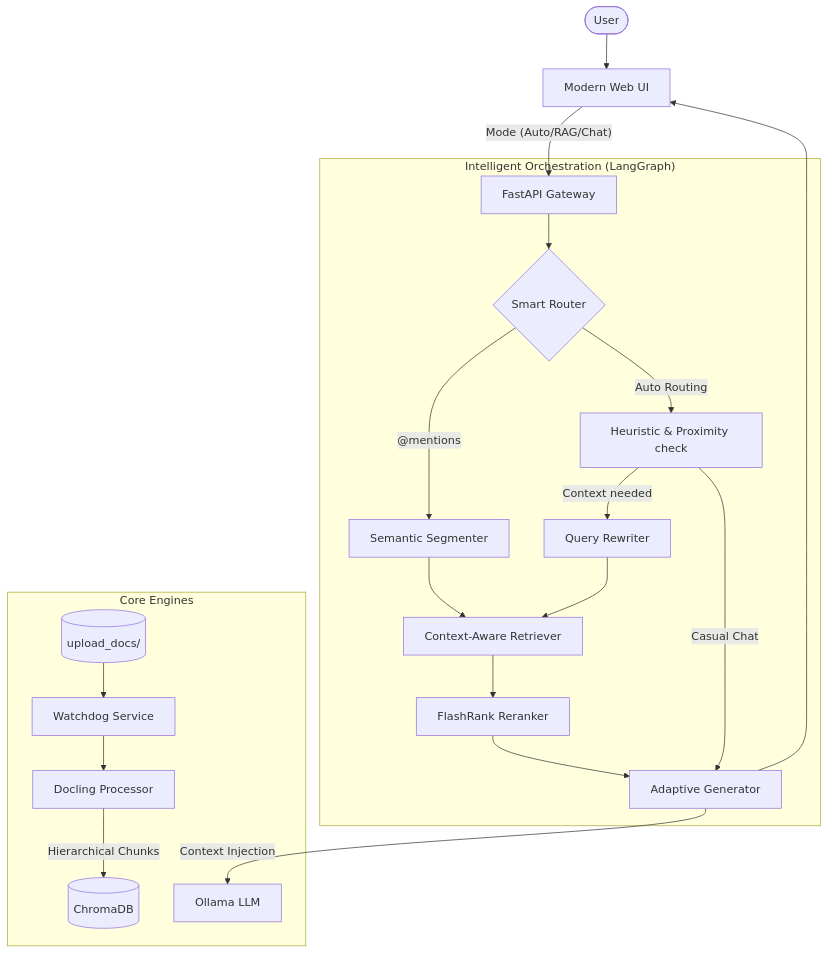
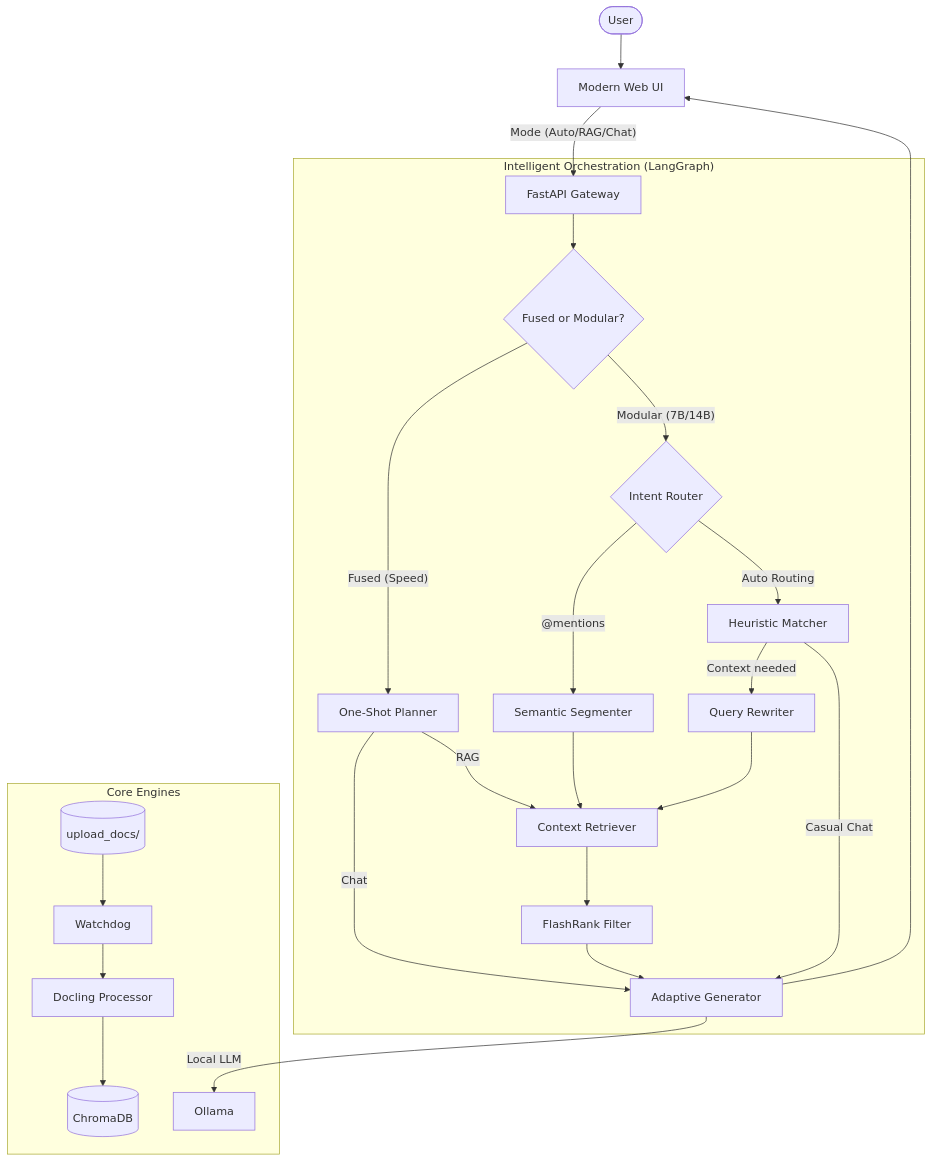
One commit to NayanEupho/RAG_Chat_IPRv1.5 changed the diagram in README.md. Above: the diagram before and after it, drawn with Mermaid. The commit also changed other lines of this file and 10 other files, not shown here.

````diff
--- a/README.md
+++ b/README.md
@@ -5,28 +5,34 @@
 ```mermaid
 graph TD
     User([User]) --> UI[Modern Web UI]
     UI -- "Mode (Auto/RAG/Chat)" --> API[FastAPI Gateway]
     
     subgraph "Intelligent Orchestration (LangGraph)"
-        API --> Router{Smart Router}
+        API --> Config{Fused or Modular?}
+        
+        Config -- "Fused (Speed)" --> Planner[One-Shot Planner]
+        Planner -->|RAG| Retriever[Context Retriever]
+        Planner -->|Chat| Gen
+        
+        Config -- "Modular (7B/14B)" --> Router{Intent Router}
         Router -- "@mentions" --> Segmenter[Semantic Segmenter]
-        Router -- "Auto Routing" --> Decision[Heuristic & Proximity check]
+        Router -- "Auto Routing" --> Decision[Heuristic Matcher]
         
-        Segmenter --> Retriever[Context-Aware Retriever]
+        Segmenter --> Retriever
         Decision -- "Context needed" --> Rewriter[Query Rewriter]
         Rewriter --> Retriever
         
-        Retriever --> Rerank[FlashRank Reranker]
+        Retriever --> Rerank[FlashRank Filter]
         Rerank --> Gen[Adaptive Generator]
         Decision -- "Casual Chat" --> Gen
     end
 
     subgraph "Core Engines"
-        Files[(upload_docs/)] --> Watcher[Watchdog Service]
+        Files[(upload_docs/)] --> Watcher[Watchdog]
         Watcher --> Proc[Docling Processor]
-        Proc -- "Hierarchical Chunks" --> DB[(ChromaDB)]
-        Gen -- "Context Injection" --> Ollama[Ollama LLM]
+        Proc --> DB[(ChromaDB)]
+        Gen -- "Local LLM" --> Ollama[Ollama]
     end
 
     Gen --> UI
 ```
````
